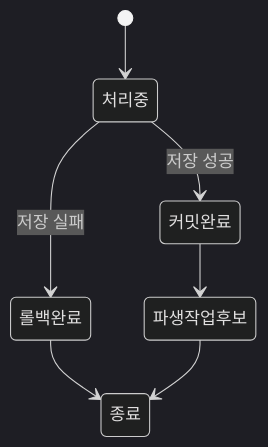
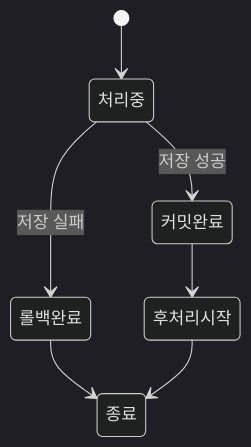
Before and after one commit to jiwon11/jiwon11.github.io: the third of 10 diagrams in _posts/2026-06-29-ai-conversation-post-processing-pipeline.md, drawn with Mermaid (dark theme). The commit also changed other lines of this file and 6 other files, not shown here.

```diff
--- a/_posts/2026-06-29-ai-conversation-post-processing-pipeline.md
+++ b/_posts/2026-06-29-ai-conversation-post-processing-pipeline.md
@@ -101,9 +101,9 @@
 ~~~mermaid
 stateDiagram-v2
     [*] --> 처리중
     처리중 --> 커밋완료: 저장 성공
     처리중 --> 롤백완료: 저장 실패
-    커밋완료 --> 파생작업후보
+    커밋완료 --> 후처리시작
     롤백완료 --> 종료
-    파생작업후보 --> 종료
+    후처리시작 --> 종료
 ~~~
```
